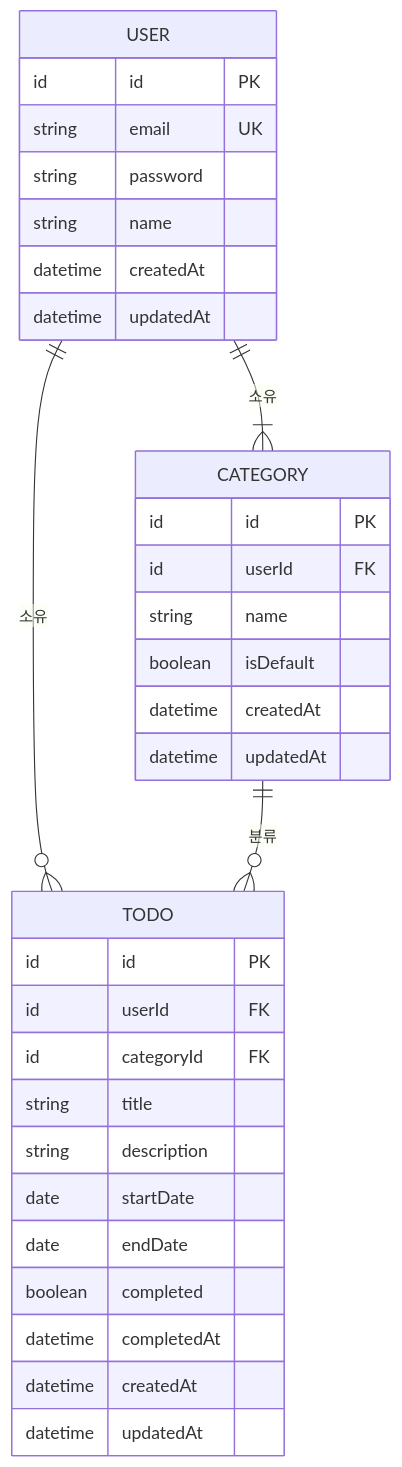
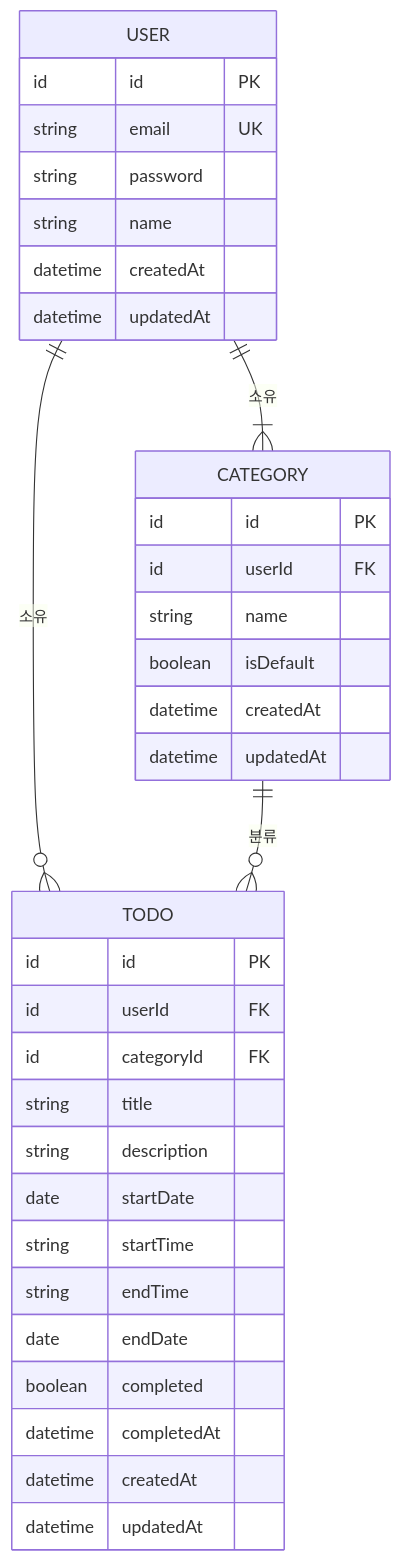
The first of 2 diagrams in docs/7-erd.md (pomyeong/todolist-app), drawn with Mermaid before and after one commit. The commit also changed other lines of this file and 37 other files, not shown here.

````diff
--- a/docs/7-erd.md
+++ b/docs/7-erd.md
@@ -51,36 +53,38 @@
 ```mermaid
 erDiagram
     USER ||--|{ CATEGORY : "소유"
     USER ||--o{ TODO : "소유"
     CATEGORY ||--o{ TODO : "분류"
 
     USER {
         id id PK
         string email UK
         string password
         string name
         datetime createdAt
         datetime updatedAt
     }
     CATEGORY {
         id id PK
         id userId FK
         string name
         boolean isDefault
         datetime createdAt
         datetime updatedAt
     }
     TODO {
         id id PK
         id userId FK
         id categoryId FK
         string title
         string description
         date startDate
+        string startTime
+        string endTime
         date endDate
         boolean completed
         datetime completedAt
         datetime createdAt
         datetime updatedAt
     }
 ```
````
